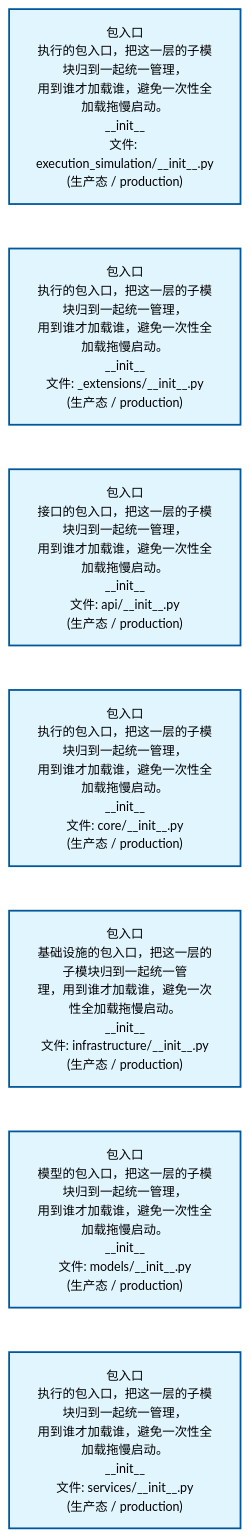
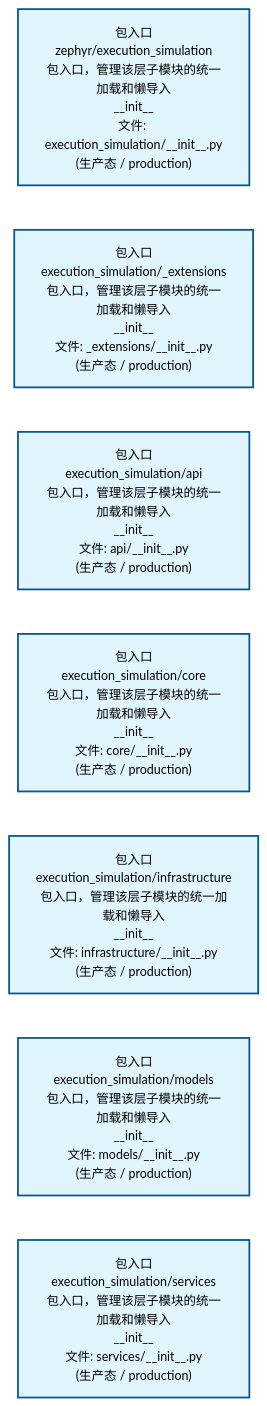
Before and after one commit to xuanFelixVan/ZephyrAlpha: the first of 2 diagrams in docs/02_enterprise_architecture/02_domain_architecture_docs/43_d_exec_sim.md, drawn with Mermaid. The commit also changed other lines of this file and 60 other files, not shown here.

````diff
--- a/docs/02_enterprise_architecture/02_domain_architecture_docs/43_d_exec_sim.md
+++ b/docs/02_enterprise_architecture/02_domain_architecture_docs/43_d_exec_sim.md
@@ -53,22 +53,22 @@
 ```mermaid
 %%{init: {'theme': 'base', 'themeVariables': {'primaryColor': '#eaeaea', 'primaryTextColor': '#333333', 'primaryBorderColor': '#666666', 'lineColor': '#666666', 'secondaryColor': '#eaeaea', 'tertiaryColor': '#eaeaea', 'fontSize': '14px'}}}%%
 flowchart TD
-    src_zephyr_execution_simulation_init_py["包入口<br/>执行的包入口，把这一层的子模块归到一起统一管理，<br/>用到谁才加载谁，避免一次性全加载拖慢启动。<br/>__init__<br/>文件: execution_simulation/__init__.py<br/>(生产态 / production)"]
-    src_zephyr_execution_simulation_extensions_init_py["包入口<br/>执行的包入口，把这一层的子模块归到一起统一管理，<br/>用到谁才加载谁，避免一次性全加载拖慢启动。<br/>__init__<br/>文件: _extensions/__init__.py<br/>(生产态 / production)"]
-    src_zephyr_execution_simulation_api_init_py["包入口<br/>接口的包入口，把这一层的子模块归到一起统一管理，<br/>用到谁才加载谁，避免一次性全加载拖慢启动。<br/>__init__<br/>文件: api/__init__.py<br/>(生产态 / production)"]
-    src_zephyr_execution_simulation_core_init_py["包入口<br/>执行的包入口，把这一层的子模块归到一起统一管理，<br/>用到谁才加载谁，避免一次性全加载拖慢启动。<br/>__init__<br/>文件: core/__init__.py<br/>(生产态 / production)"]
-    src_zephyr_execution_simulation_infrastructure_init_py["包入口<br/>基础设施的包入口，把这一层的子模块归到一起统一管<br/>理，用到谁才加载谁，避免一次性全加载拖慢启动。<br/>__init__<br/>文件: infrastructure/__init__.py<br/>(生产态 / production)"]
-    src_zephyr_execution_simulation_models_init_py["包入口<br/>模型的包入口，把这一层的子模块归到一起统一管理，<br/>用到谁才加载谁，避免一次性全加载拖慢启动。<br/>__init__<br/>文件: models/__init__.py<br/>(生产态 / production)"]
-    src_zephyr_execution_simulation_services_init_py["包入口<br/>执行的包入口，把这一层的子模块归到一起统一管理，<br/>用到谁才加载谁，避免一次性全加载拖慢启动。<br/>__init__<br/>文件: services/__init__.py<br/>(生产态 / production)"]
+    src_zephyr_execution_simulation_init_py["包入口<br/>zephyr/execution_simulation<br/>包入口，管理该层子模块的统一加载和懒导入<br/>__init__<br/>文件: execution_simulation/__init__.py<br/>(生产态 / production)"]
+    src_zephyr_execution_simulation_extensions_init_py["包入口<br/>execution_simulation/_extensions<br/>包入口，管理该层子模块的统一加载和懒导入<br/>__init__<br/>文件: _extensions/__init__.py<br/>(生产态 / production)"]
+    src_zephyr_execution_simulation_api_init_py["包入口<br/>execution_simulation/api<br/>包入口，管理该层子模块的统一加载和懒导入<br/>__init__<br/>文件: api/__init__.py<br/>(生产态 / production)"]
+    src_zephyr_execution_simulation_core_init_py["包入口<br/>execution_simulation/core<br/>包入口，管理该层子模块的统一加载和懒导入<br/>__init__<br/>文件: core/__init__.py<br/>(生产态 / production)"]
+    src_zephyr_execution_simulation_infrastructure_init_py["包入口<br/>execution_simulation/infrastructure<br/>包入口，管理该层子模块的统一加载和懒导入<br/>__init__<br/>文件: infrastructure/__init__.py<br/>(生产态 / production)"]
+    src_zephyr_execution_simulation_models_init_py["包入口<br/>execution_simulation/models<br/>包入口，管理该层子模块的统一加载和懒导入<br/>__init__<br/>文件: models/__init__.py<br/>(生产态 / production)"]
+    src_zephyr_execution_simulation_services_init_py["包入口<br/>execution_simulation/services<br/>包入口，管理该层子模块的统一加载和懒导入<br/>__init__<br/>文件: services/__init__.py<br/>(生产态 / production)"]
     src_zephyr_execution_simulation_init_py ~~~ src_zephyr_execution_simulation_extensions_init_py
     src_zephyr_execution_simulation_extensions_init_py ~~~ src_zephyr_execution_simulation_api_init_py
     src_zephyr_execution_simulation_api_init_py ~~~ src_zephyr_execution_simulation_core_init_py
     src_zephyr_execution_simulation_core_init_py ~~~ src_zephyr_execution_simulation_infrastructure_init_py
     src_zephyr_execution_simulation_infrastructure_init_py ~~~ src_zephyr_execution_simulation_models_init_py
     src_zephyr_execution_simulation_models_init_py ~~~ src_zephyr_execution_simulation_services_init_py
     classDef production fill:#e1f5fe,stroke:#01579b,stroke-width:2px,color:#000
     classDef design fill:#fff3e0,stroke:#e65100,stroke-width:2px,color:#000,stroke-dasharray: 5 5
     classDef external_prod fill:#e8f4fd,stroke:#0277bd,stroke-width:1px,color:#000
     classDef external_design fill:#fff8e7,stroke:#ef6c00,stroke-width:1px,color:#000,stroke-dasharray: 5 5
     class src_zephyr_execution_simulation_init_py,src_zephyr_execution_simulation_extensions_init_py,src_zephyr_execution_simulation_api_init_py,src_zephyr_execution_simulation_core_init_py,src_zephyr_execution_simulation_infrastructure_init_py,src_zephyr_execution_simulation_models_init_py,src_zephyr_execution_simulation_services_init_py production
 ```
````
